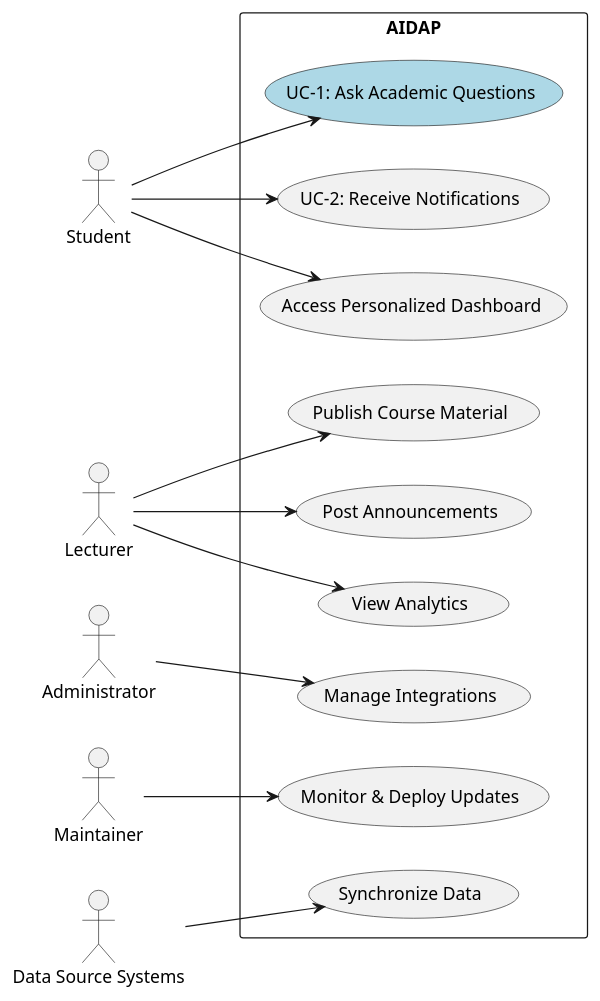
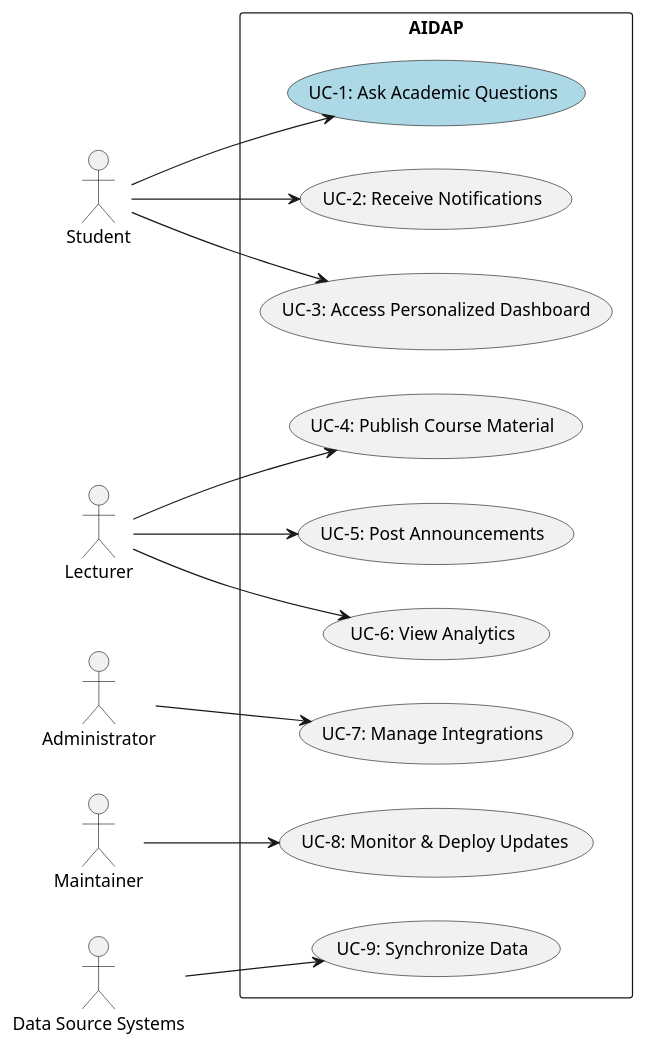
One commit to OTUSOFE365025/project-group-26-crn-45894 changed the first of 2 diagrams in Use Cases.md. Above: the diagram before and after it, drawn with PlantUML. The commit also changed other lines of this file and 1 other file, not shown here.

Commit message:
added use case diagram

````diff
--- a/Use Cases.md
+++ b/Use Cases.md
@@ -33,32 +33,32 @@
 ```plantuml
 @startuml
 left to right direction
 actor Student as S
 actor Lecturer as L
 actor Administrator as A
 actor Maintainer as M
 actor "Data Source Systems" as D
 
 rectangle AIDAP {
   usecase "UC-1: Ask Academic Questions" as UC1 #LightBlue
   usecase "UC-2: Receive Notifications" as UC2
-  usecase "Access Personalized Dashboard" as UC3
-  usecase "Publish Course Material" as UC4
-  usecase "Post Announcements" as UC5
-  usecase "View Analytics" as UC6
-  usecase "Manage Integrations" as UC7
-  usecase "Monitor & Deploy Updates" as UC8
-  usecase "Synchronize Data" as UC9
+  usecase "UC-3: Access Personalized Dashboard" as UC3
+  usecase "UC-4: Publish Course Material" as UC4
+  usecase "UC-5: Post Announcements" as UC5
+  usecase "UC-6: View Analytics" as UC6
+  usecase "UC-7: Manage Integrations" as UC7
+  usecase "UC-8: Monitor & Deploy Updates" as UC8
+  usecase "UC-9: Synchronize Data" as UC9
 }
 
 S --> UC1
 S --> UC2
 S --> UC3
 L --> UC4
 L --> UC5
 L --> UC6
 A --> UC7
 M --> UC8
 D --> UC9
 @enduml
 ```
````
